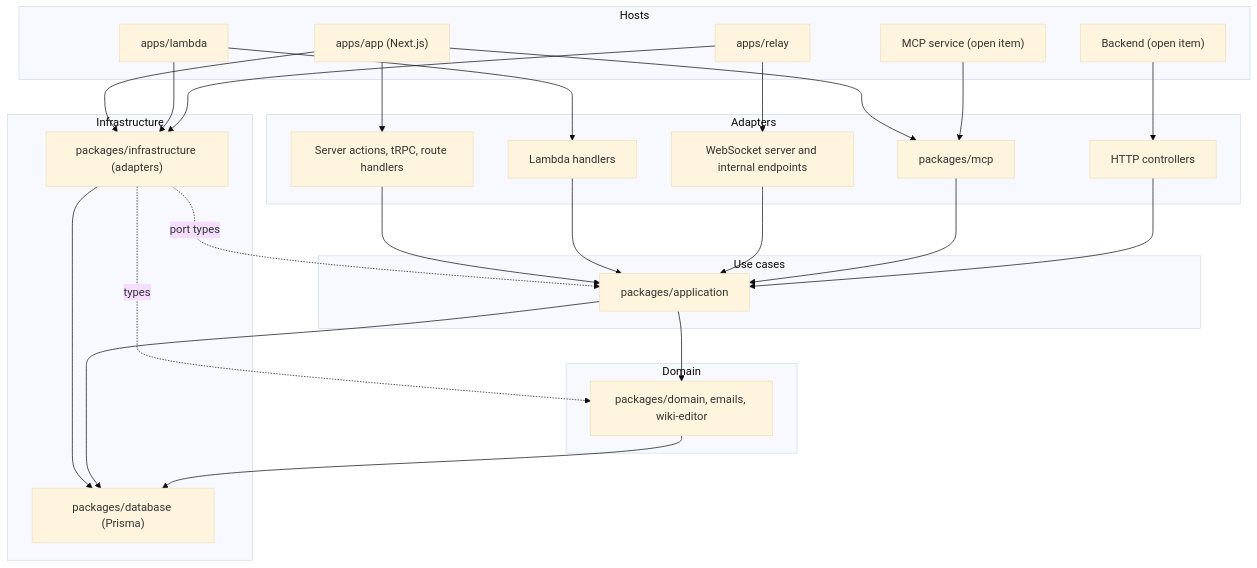
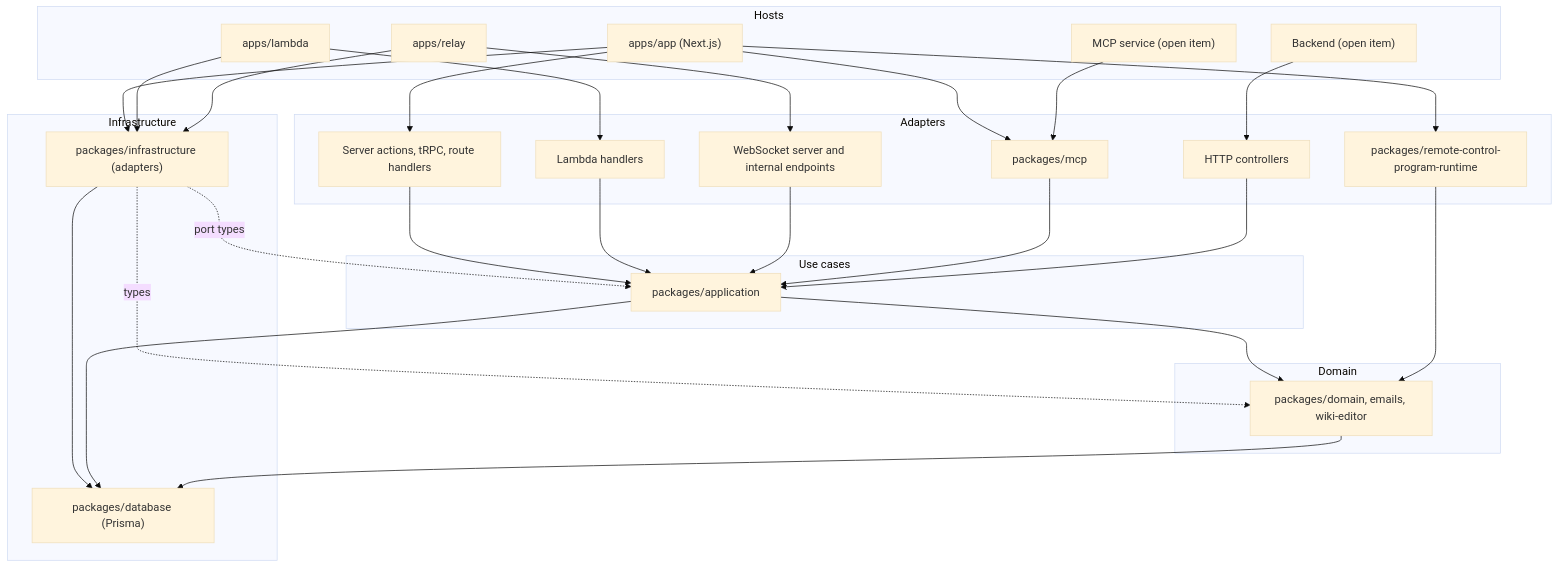
One commit to simonknittel/sam changed the diagram in docs/architecture.md. Above: the diagram before and after it, drawn with Mermaid (base theme). The commit also changed other lines of this file and 34 other files, not shown here.

````diff
--- a/docs/architecture.md
+++ b/docs/architecture.md
@@ -77,52 +78,55 @@
 ```mermaid
 flowchart TB
   subgraph hosts [Hosts]
     app["apps/app (Next.js)"]
     lambda["apps/lambda"]
     relay["apps/relay"]
     mcpService["MCP service (open item)"]
     backend["Backend (open item)"]
   end
 
   subgraph adapters [Adapters]
     nextAdapters["Server actions, tRPC, route handlers"]
     lambdaHandlers["Lambda handlers"]
     relayServer["WebSocket server and internal endpoints"]
     mcp["packages/mcp"]
+    runtime["packages/remote-control-program-runtime"]
     controllers["HTTP controllers"]
   end
 
   subgraph useCases [Use cases]
     application["packages/application"]
   end
 
   subgraph domain [Domain]
     domainPackages["packages/domain, emails, wiki-editor"]
   end
 
   subgraph infrastructure [Infrastructure]
     infrastructurePackage["packages/infrastructure (adapters)"]
     database["packages/database (Prisma)"]
   end
 
   app --> nextAdapters
   app --> mcp
+  app --> runtime
   lambda --> lambdaHandlers
   relay --> relayServer
   mcpService --> mcp
   backend --> controllers
   nextAdapters --> application
   lambdaHandlers --> application
   relayServer --> application
   mcp --> application
   controllers --> application
   app --> infrastructurePackage
   lambda --> infrastructurePackage
   relay --> infrastructurePackage
   infrastructurePackage -. port types .-> application
   infrastructurePackage -. types .-> domainPackages
   infrastructurePackage --> database
   application --> domainPackages
   application --> database
+  runtime --> domainPackages
   domainPackages --> database
 ```
````
